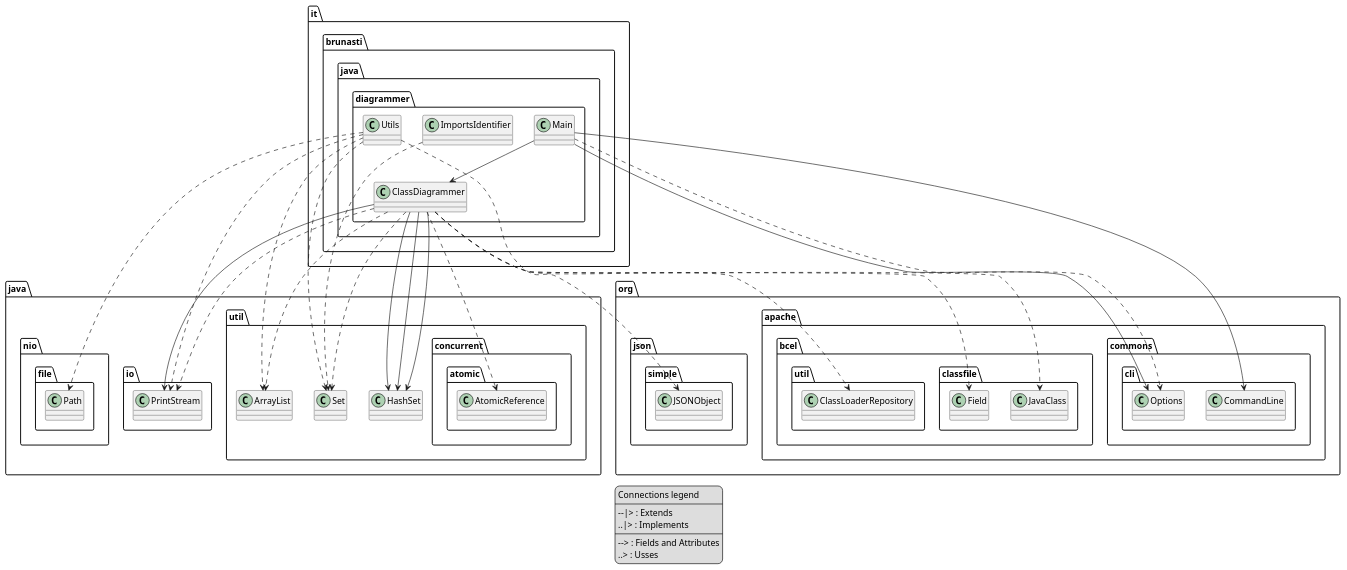
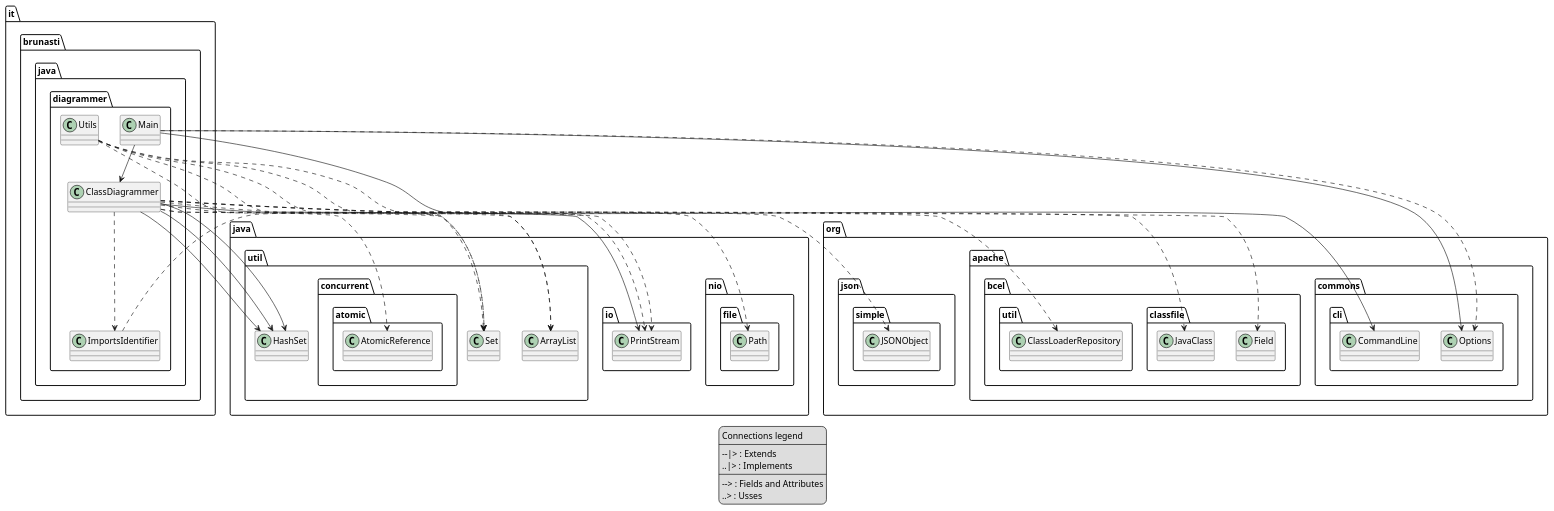
The diagram in temp/output.puml (brunasti/java-diagrammer), drawn with PlantUML before and after one commit. The commit also changed 3 other files, not shown here.

Commit message:
Adds tests for ImportsIdentifier

```diff
--- a/temp/output.puml
+++ b/temp/output.puml
@@ -1,57 +1,61 @@
 @startuml
 'https://plantuml.com/class-diagram
 
 ' GENERATE CLASS DIAGRAM ===========
 ' Generator       : it.brunasti.java.diagrammer.ClassDiagrammer
 ' Path            : [./target/classes]
 ' Configuration   : []
-' Generated at    : Thu Mar 28 13:00:39 CET 2024
+' Generated at    : Thu Mar 28 13:42:48 CET 2024
 legend
 Connections legend
 ----
 --|> : Extends
 ..|> : Implements
 ----
 --> : Fields and Attributes
 ..> : Usses
 end legend
 
 
 
 ' CLASSES =======
 class it.brunasti.java.diagrammer.ClassDiagrammer
 class it.brunasti.java.diagrammer.Utils
 class it.brunasti.java.diagrammer.Main
 class it.brunasti.java.diagrammer.ImportsIdentifier
 
 ' INHERITANCES =======
 
 ' IMPLEMENT INTERFACE =======
 
 ' FIELDS =======
 it.brunasti.java.diagrammer.ClassDiagrammer --> java.io.PrintStream
 it.brunasti.java.diagrammer.ClassDiagrammer --> java.util.HashSet
 it.brunasti.java.diagrammer.ClassDiagrammer --> java.util.HashSet
 it.brunasti.java.diagrammer.ClassDiagrammer --> java.util.HashSet
 it.brunasti.java.diagrammer.Main --> org.apache.commons.cli.CommandLine
 it.brunasti.java.diagrammer.Main --> it.brunasti.java.diagrammer.ClassDiagrammer
 it.brunasti.java.diagrammer.Main --> org.apache.commons.cli.Options
 
 ' USES =======
 it.brunasti.java.diagrammer.ClassDiagrammer ..> java.io.PrintStream
 it.brunasti.java.diagrammer.ClassDiagrammer ..> java.util.Set
 it.brunasti.java.diagrammer.ClassDiagrammer ..> org.apache.bcel.classfile.JavaClass
 it.brunasti.java.diagrammer.ClassDiagrammer ..> org.apache.bcel.classfile.Field
 it.brunasti.java.diagrammer.ClassDiagrammer ..> java.util.ArrayList
 it.brunasti.java.diagrammer.ClassDiagrammer ..> org.apache.bcel.util.ClassLoaderRepository
+it.brunasti.java.diagrammer.ClassDiagrammer ..> it.brunasti.java.diagrammer.ImportsIdentifier
 it.brunasti.java.diagrammer.ClassDiagrammer ..> java.util.concurrent.atomic.AtomicReference
 it.brunasti.java.diagrammer.Utils ..> java.io.PrintStream
 it.brunasti.java.diagrammer.Utils ..> java.util.ArrayList
 it.brunasti.java.diagrammer.Utils ..> java.util.Set
 it.brunasti.java.diagrammer.Utils ..> org.json.simple.JSONObject
 it.brunasti.java.diagrammer.Utils ..> java.nio.file.Path
 it.brunasti.java.diagrammer.Main ..> org.apache.commons.cli.Options
 it.brunasti.java.diagrammer.ImportsIdentifier ..> java.util.Set
 
+' IMPORTS =======
+' Java Files Path : 
+
 
 @enduml
```
